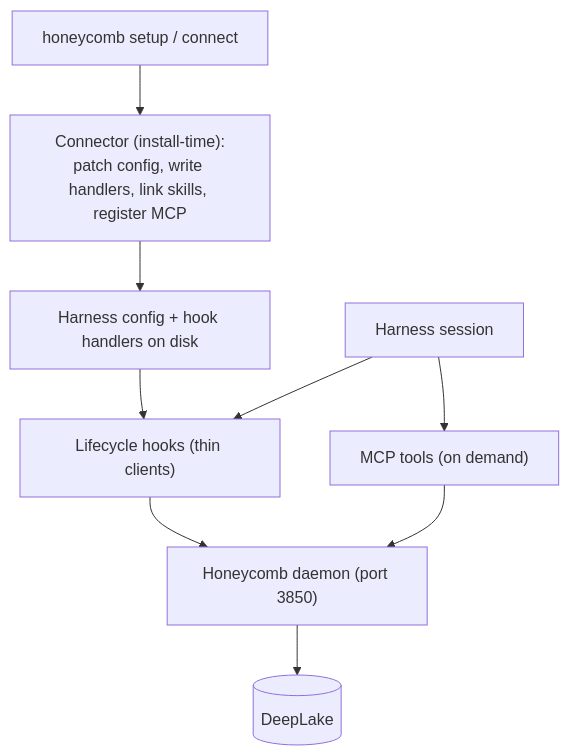
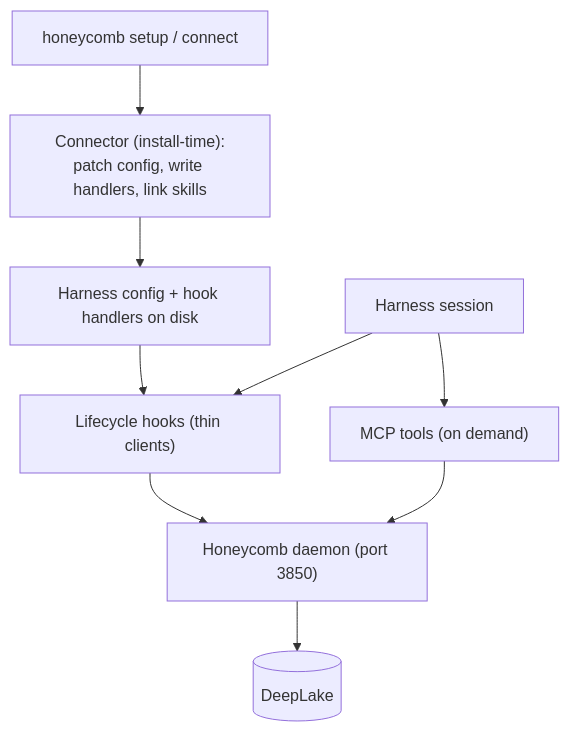
Before and after one commit to legioncodeinc/honeycomb: the diagram in library/knowledge/private/integrations/harness-integration.md, drawn with Mermaid. The commit also changed other lines of this file and 279 other files, not shown here.

````diff
--- a/library/knowledge/private/integrations/harness-integration.md
+++ b/library/knowledge/private/integrations/harness-integration.md
@@ -32,11 +32,11 @@
 ```mermaid
 flowchart TD
-    setup["honeycomb setup / connect"] --> connector["Connector (install-time):\npatch config, write handlers, link skills, register MCP"]
+    setup["honeycomb setup / connect"] --> connector["Connector (install-time):\npatch config, write handlers, link skills"]
     connector --> files["Harness config + hook handlers on disk"]
     session["Harness session"] --> hooks["Lifecycle hooks (thin clients)"]
     session --> mcp["MCP tools (on demand)"]
     files --> hooks
     hooks --> daemon["Honeycomb daemon (port 3850)"]
     mcp --> daemon
     daemon --> store[(DeepLake)]
 ```
````
